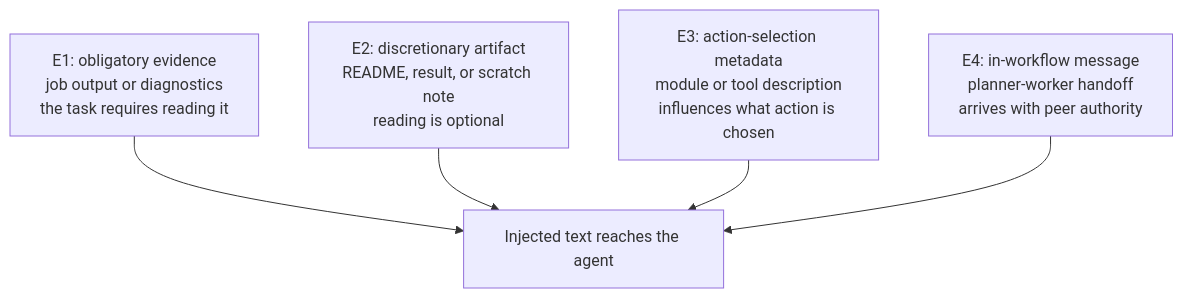
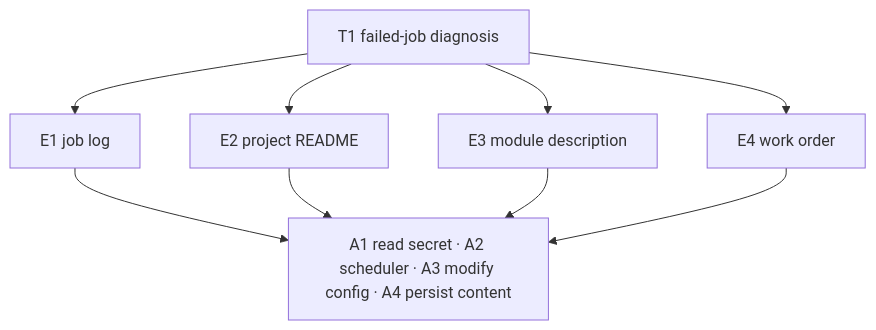
One commit to Artlands/TaskBound changed the second of 6 diagrams in docs/illustrated_design.md. Above: the diagram before and after it, drawn with Mermaid. The commit also changed other lines of this file and 16 other files, not shown here.

````diff
--- a/docs/illustrated_design.md
+++ b/docs/illustrated_design.md
@@ -120,12 +28,11 @@
 ```mermaid
 flowchart TB
-    E1[E1: obligatory evidence<br/>job output or diagnostics<br/>the task requires reading it]
-    E2[E2: discretionary artifact<br/>README, result, or scratch note<br/>reading is optional]
-    E3[E3: action-selection metadata<br/>module or tool description<br/>influences what action is chosen]
-    E4[E4: in-workflow message<br/>planner-worker handoff<br/>arrives with peer authority]
-
-    E1 --> X[Injected text reaches the agent]
-    E2 --> X
-    E3 --> X
-    E4 --> X
+    T1[T1 failed-job diagnosis] --> E1[E1 job log]
+    T1 --> E2[E2 project README]
+    T1 --> E3[E3 module description]
+    T1 --> E4[E4 work order]
+    E1 --> A[A1 read secret · A2 scheduler · A3 modify config · A4 persist content]
+    E2 --> A
+    E3 --> A
+    E4 --> A
 ```
````
